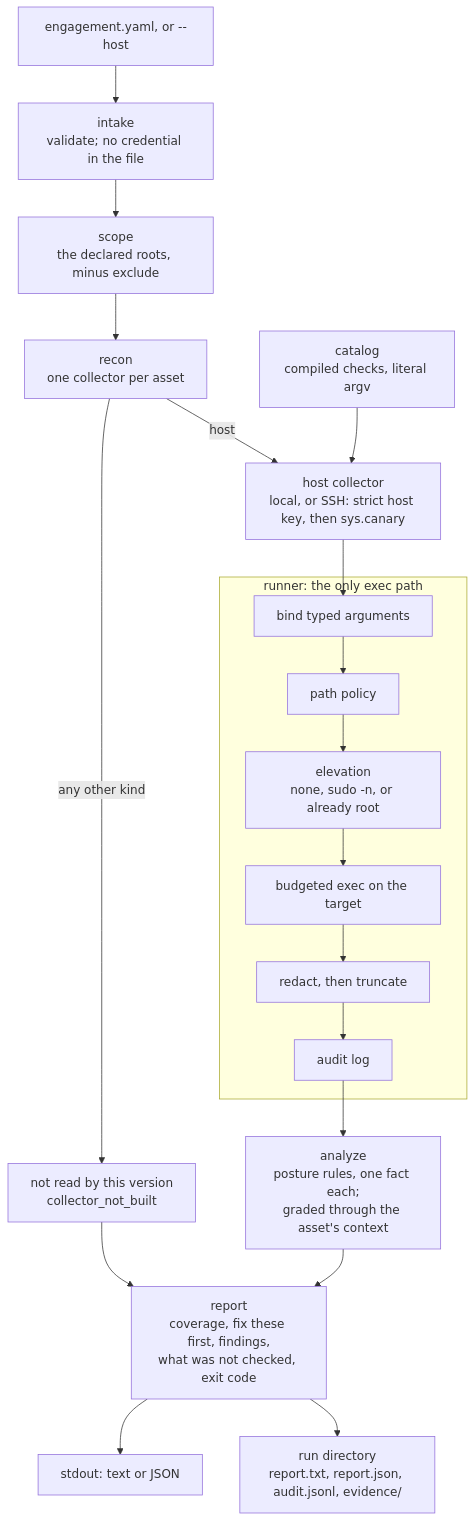
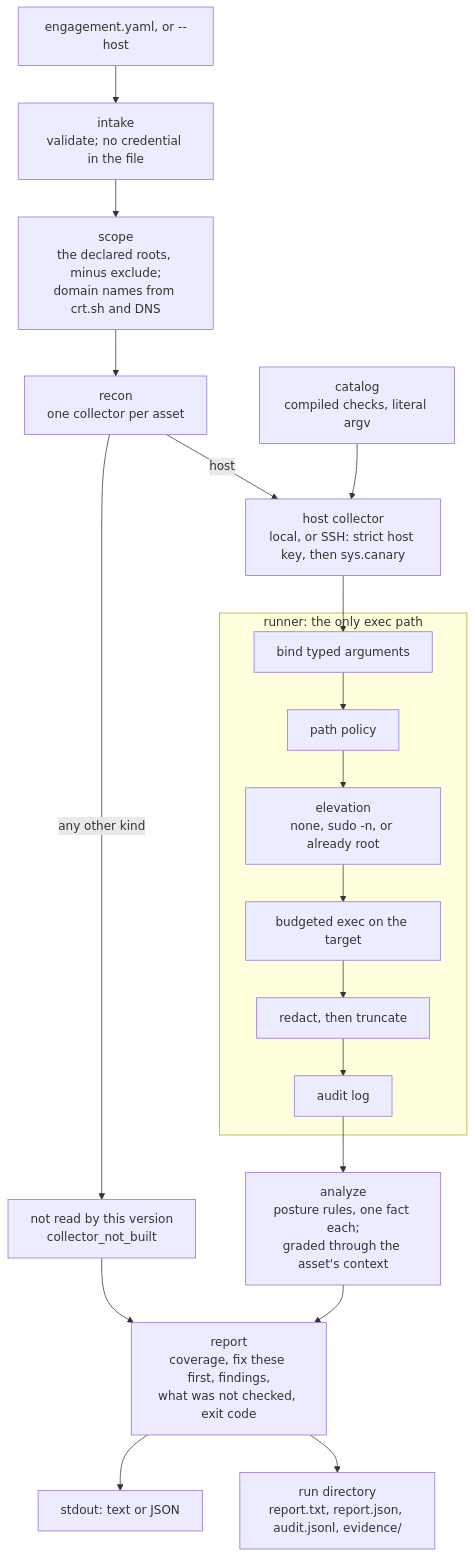
Before and after one commit to B87/scheck: the diagram in README.md, drawn with Mermaid. The commit also changed other lines of this file and 109 other files, not shown here.

````diff
--- a/README.md
+++ b/README.md
@@ -40,25 +42,25 @@
 ```mermaid
 flowchart TD
   input["engagement.yaml, or --host"] --> intake["intake<br/>validate; no credential in the file"]
-  intake --> scope["scope<br/>the declared roots, minus exclude"]
+  intake --> scope["scope<br/>the declared roots, minus exclude;<br/>domain names from crt.sh and DNS"]
   scope --> recon["recon<br/>one collector per asset"]
 
   recon -->|host| host["host collector<br/>local, or SSH: strict host key, then sys.canary"]
   recon -->|any other kind| none["not read by this version<br/>collector_not_built"]
 
   catalog["catalog<br/>compiled checks, literal argv"] --> host
   subgraph runner ["runner: the only exec path"]
     bind["bind typed arguments"] --> pathpol["path policy"]
     pathpol --> elevate["elevation<br/>none, sudo -n, or already root"]
     elevate --> execn["budgeted exec on the target"]
     execn --> redact["redact, then truncate"]
     redact --> audit["audit log"]
   end
   host --> bind
 
   audit --> analyze["analyze<br/>posture rules, one fact each;<br/>graded through the asset's context"]
   none --> report
   analyze --> report["report<br/>coverage, fix these first, findings,<br/>what was not checked, exit code"]
   report --> out["stdout: text or JSON"]
   report --> rundir["run directory<br/>report.txt, report.json, audit.jsonl, evidence/"]
 ```
````
